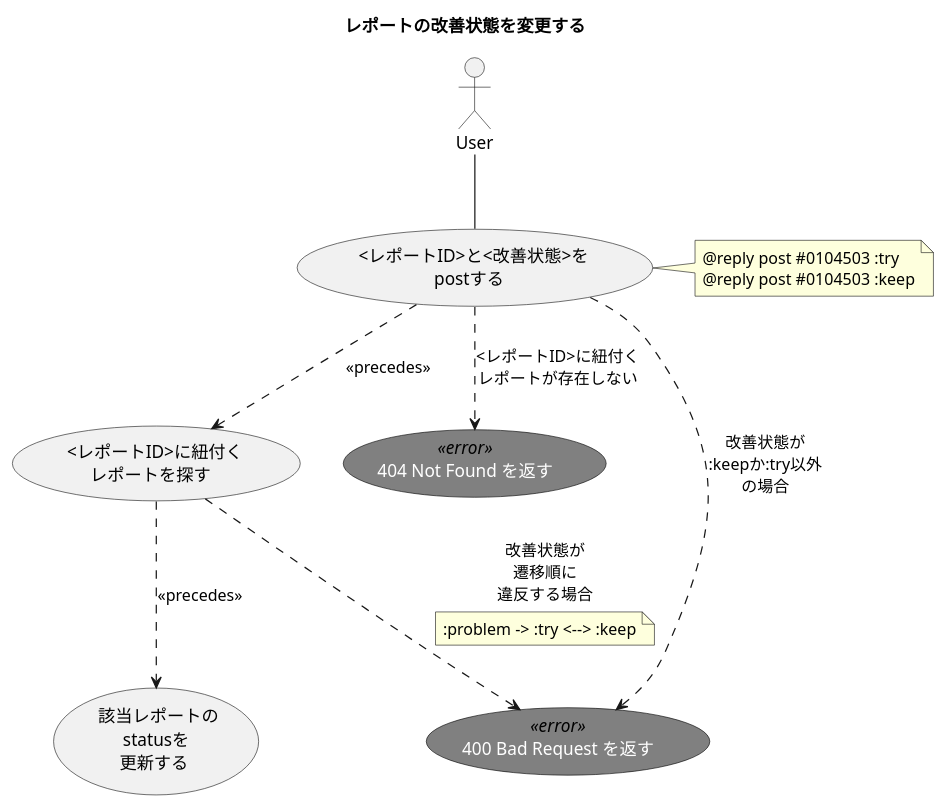
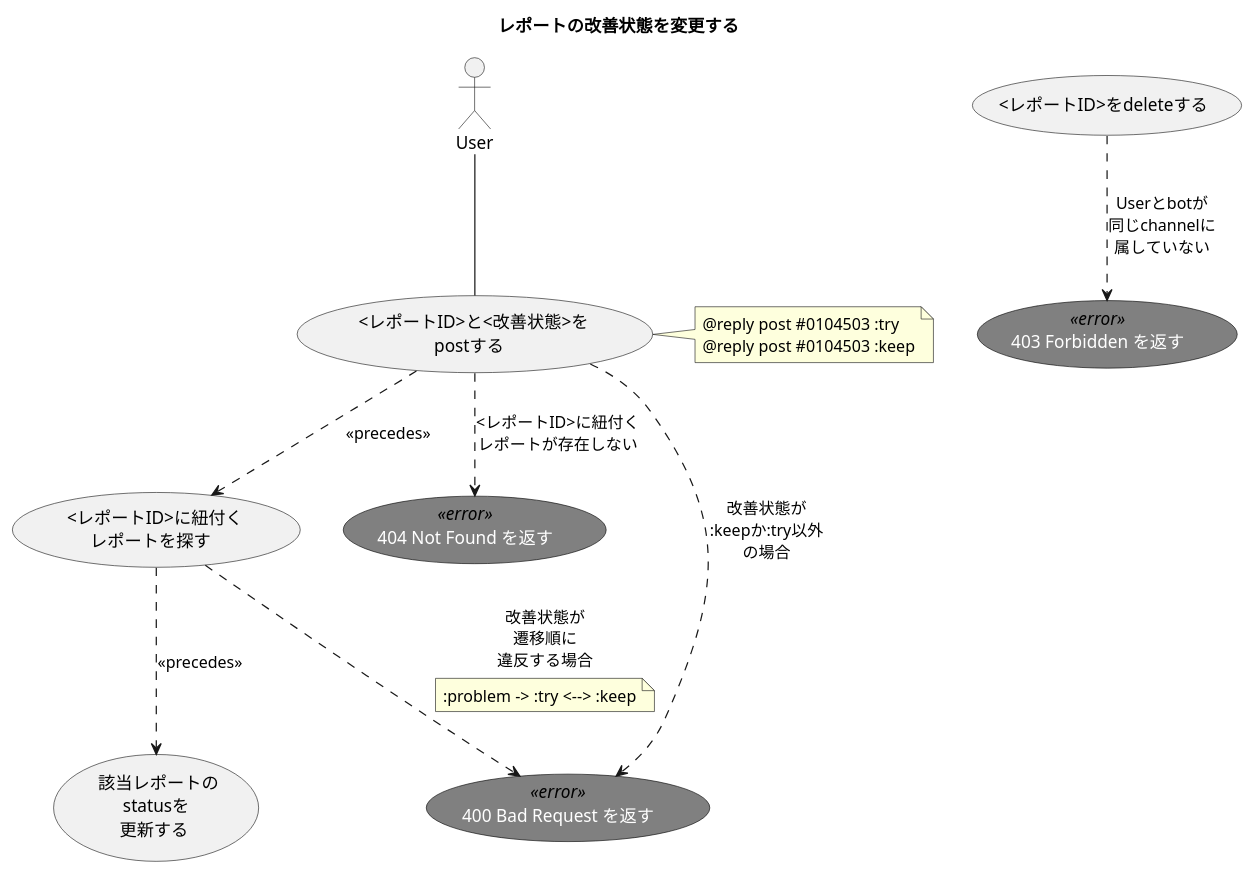
One commit to ito-masam/kpt-guard.doc changed the diagram in 1.design/2.usecases/post-report-change-status.md. Above: the diagram before and after it, drawn with PlantUML. The commit also changed 6 other files, not shown here.

```diff
--- a/1.design/2.usecases/post-report-change-status.md
+++ b/1.design/2.usecases/post-report-change-status.md
@@ -1,36 +1,39 @@
 @startuml
 
     ' ----------- meta
     title レポートの改善状態を変更する
 
     skinparam usecase {
       FontColor<<error>> white
       FontName<<error>> Verdana
       BackgroundColor<<error>> gray
       BorderColor<<error>> black
     }
 
     actor User
 
     ' ----------- main
     User -- ( <レポートID>と<改善状態>を\npostする )
     ( <レポートID>と<改善状態>を\npostする ) ..> ( <レポートID>に紐付く\nレポートを探す ) : << precedes >>
     ( <レポートID>に紐付く\nレポートを探す ) ..> ( 該当レポートの\nstatusを\n更新する ) : << precedes >>
 
     note right of ( <レポートID>と<改善状態>を\npostする )
       @reply post #0104503 :try
       @reply post #0104503 :keep
     end note
 
     ' ----------- alternative
+    ( 403 Forbidden を返す ) <<error>>
+    ( <レポートID>をdeleteする ) ..> ( 403 Forbidden を返す ) : Userとbotが\n同じchannelに\n属していない
+
     ( 404 Not Found を返す ) <<error>>
     ( <レポートID>と<改善状態>を\npostする ) ..> ( 404 Not Found を返す ) : <レポートID>に紐付く\nレポートが存在しない
 
     ( 400 Bad Request を返す ) <<error>>
     ( <レポートID>と<改善状態>を\npostする ) ..> ( 400 Bad Request を返す ) : 改善状態が\n:keepか:try以外\nの場合
     ( <レポートID>に紐付く\nレポートを探す ) ..> ( 400 Bad Request を返す ) : 改善状態が\n遷移順に\n違反する場合
     note on link
       :problem -> :try <--> :keep
     end note
 
 @enduml
```
